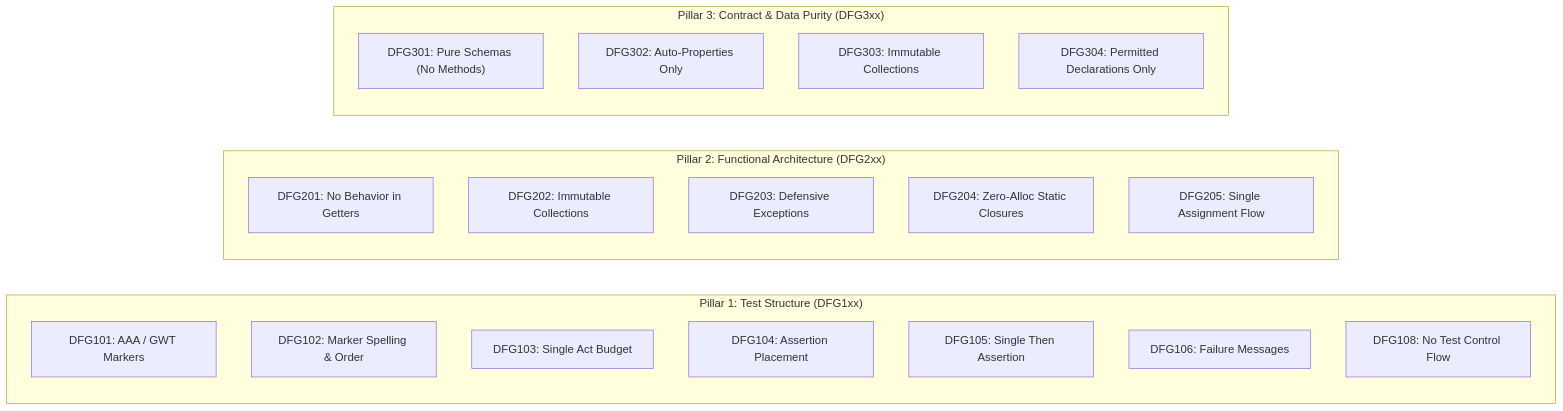
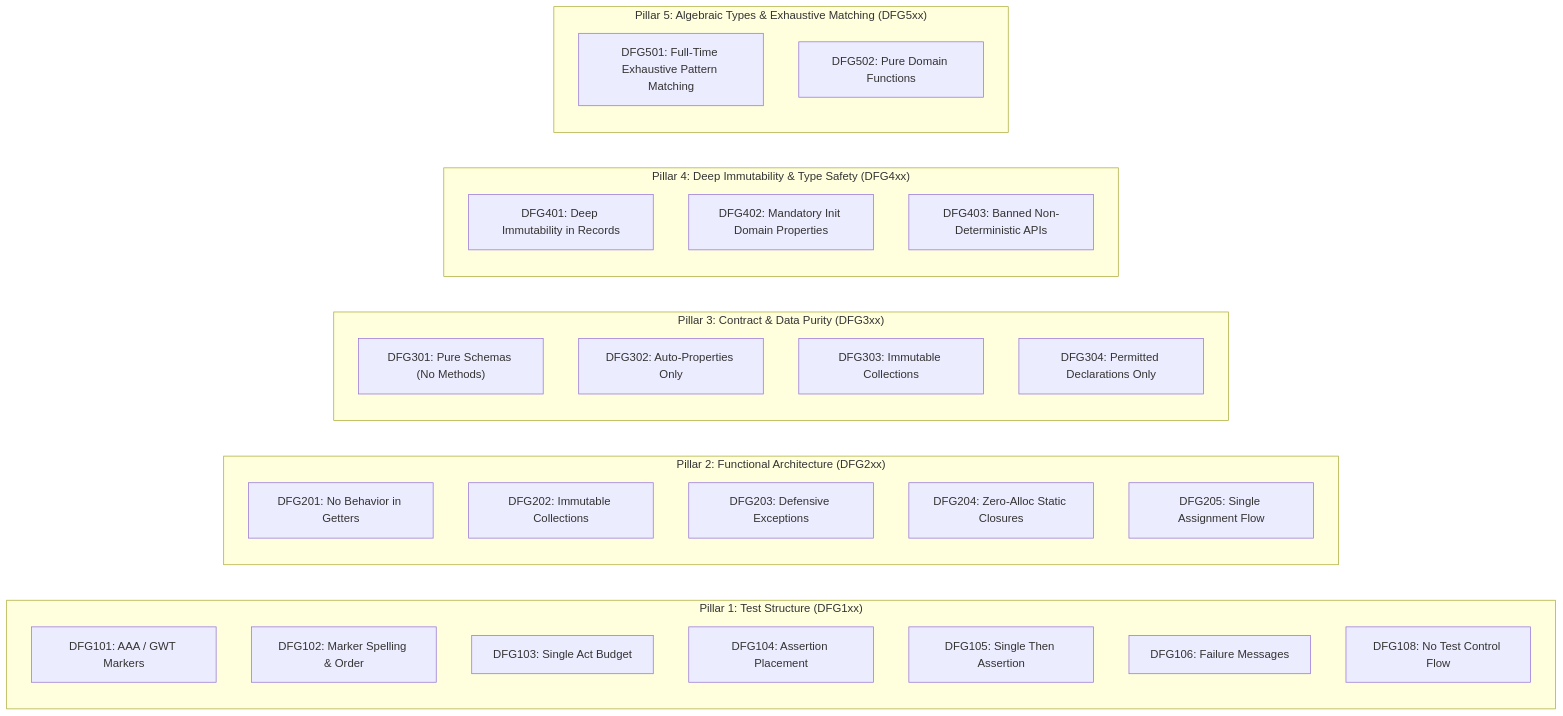
The second of 2 diagrams in VISION.md (rtkelly-labs/Diffra.Guardrails), drawn with Mermaid before and after one commit. The commit also changed other lines of this file and 47 other files, not shown here.

Commit message:
feat(guardrails): add DFG4xx deep immutability and DFG5xx algebraic types rules and analyzers

````diff
--- a/VISION.md
+++ b/VISION.md
@@ -90,27 +107,38 @@
 ```mermaid
 flowchart LR
     subgraph Pillar1["Pillar 1: Test Structure (DFG1xx)"]
         D101["DFG101: AAA / GWT Markers"]
         D102["DFG102: Marker Spelling & Order"]
         D103["DFG103: Single Act Budget"]
         D104["DFG104: Assertion Placement"]
         D105["DFG105: Single Then Assertion"]
         D106["DFG106: Failure Messages"]
         D108["DFG108: No Test Control Flow"]
     end
 
     subgraph Pillar2["Pillar 2: Functional Architecture (DFG2xx)"]
         D201["DFG201: No Behavior in Getters"]
         D202["DFG202: Immutable Collections"]
         D203["DFG203: Defensive Exceptions"]
         D204["DFG204: Zero-Alloc Static Closures"]
         D205["DFG205: Single Assignment Flow"]
     end
 
     subgraph Pillar3["Pillar 3: Contract & Data Purity (DFG3xx)"]
         D301["DFG301: Pure Schemas (No Methods)"]
         D302["DFG302: Auto-Properties Only"]
         D303["DFG303: Immutable Collections"]
         D304["DFG304: Permitted Declarations Only"]
     end
+
+    subgraph Pillar4["Pillar 4: Deep Immutability & Type Safety (DFG4xx)"]
+        D401["DFG401: Deep Immutability in Records"]
+        D402["DFG402: Mandatory Init Domain Properties"]
+        D403["DFG403: Banned Non-Deterministic APIs"]
+    end
+
+    subgraph Pillar5["Pillar 5: Algebraic Types & Exhaustive Matching (DFG5xx)"]
+        D501["DFG501: Full-Time Exhaustive Pattern Matching"]
+        D502["DFG502: Pure Domain Functions"]
+    end
 ```
````
